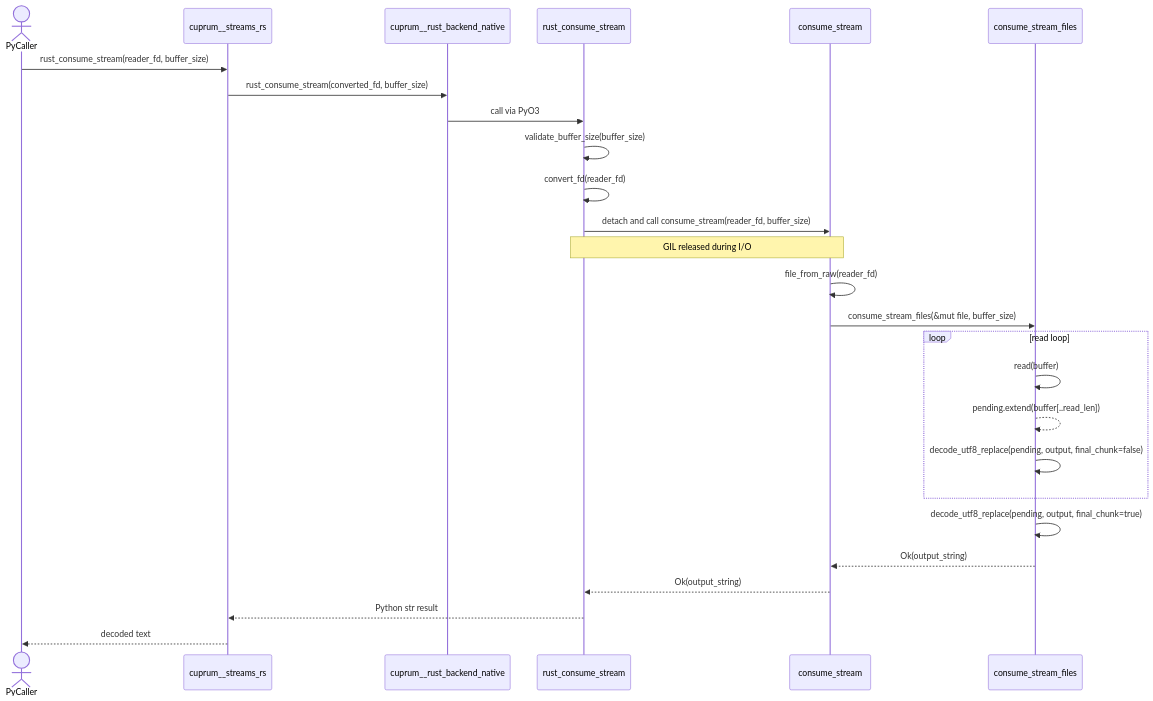
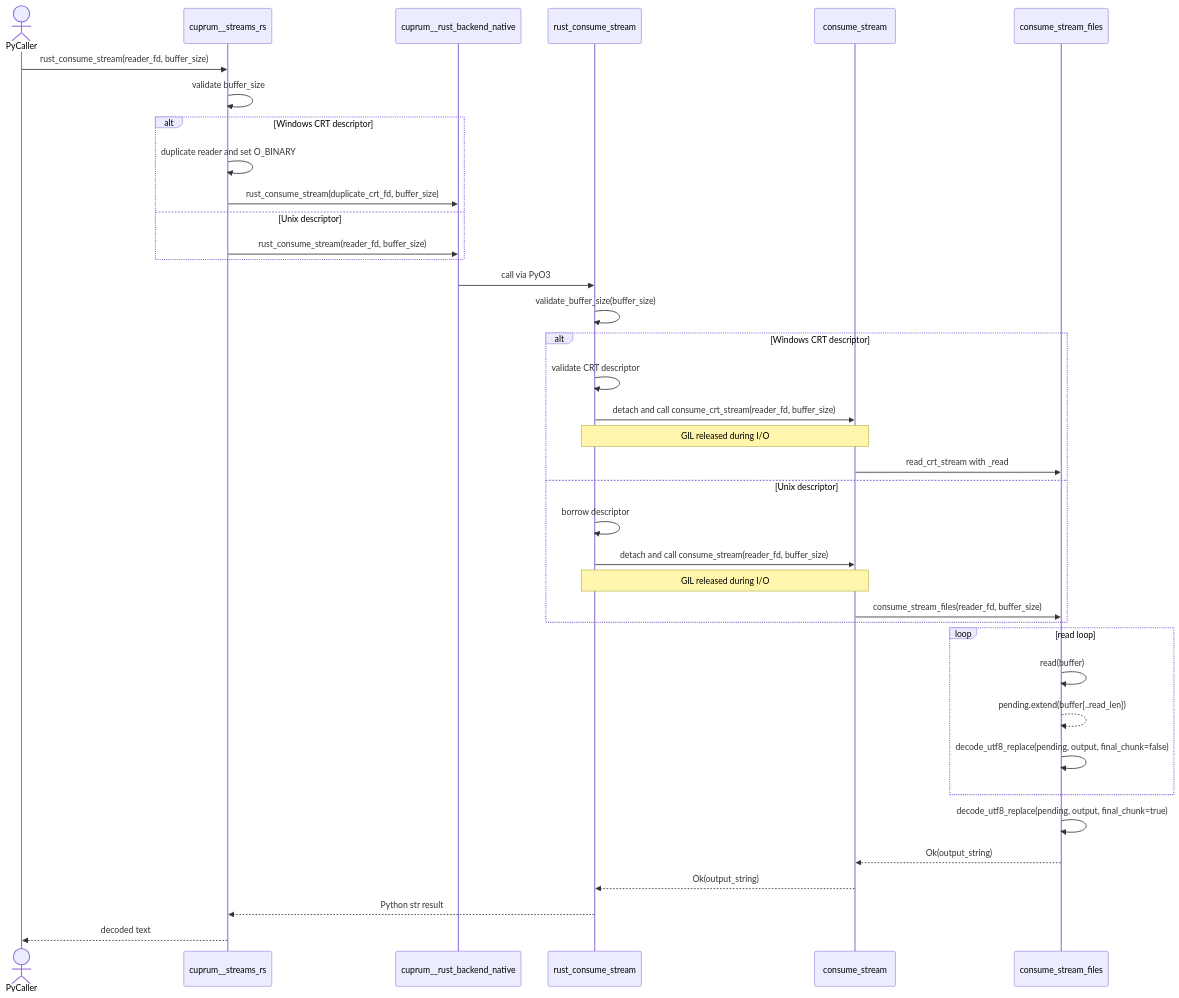
Diagram 22 of 26 in docs/cuprum-design.md (leynos/cuprum), drawn with Mermaid before and after one commit. The commit also changed other lines of this file and 29 other files, not shown here.

First line of the commit message:
Add Windows CRT consume boundary

````diff
--- a/docs/cuprum-design.md
+++ b/docs/cuprum-design.md
@@ -4035,34 +4047,44 @@
 ```mermaid
 sequenceDiagram
     actor PyCaller
     participant PyShim as cuprum__streams_rs
     participant PyRust as cuprum__rust_backend_native
     participant RustFn as rust_consume_stream
     participant Impl as consume_stream
     participant ImplFiles as consume_stream_files
 
     PyCaller->>PyShim: rust_consume_stream(reader_fd, buffer_size)
-    PyShim->>PyRust: rust_consume_stream(converted_fd, buffer_size)
+    PyShim->>PyShim: validate buffer_size
+    alt Windows CRT descriptor
+        PyShim->>PyShim: duplicate reader and set O_BINARY
+        PyShim->>PyRust: rust_consume_stream(duplicate_crt_fd, buffer_size)
+    else Unix descriptor
+        PyShim->>PyRust: rust_consume_stream(reader_fd, buffer_size)
+    end
 
     PyRust->>RustFn: call via PyO3
     RustFn->>RustFn: validate_buffer_size(buffer_size)
-    RustFn->>RustFn: convert_fd(reader_fd)
-    RustFn->>Impl: detach and call consume_stream(reader_fd, buffer_size)
-    Note over RustFn,Impl: GIL released during I/O
-
-    Impl->>Impl: file_from_raw(reader_fd)
-    Impl->>ImplFiles: consume_stream_files(&mut file, buffer_size)
+    alt Windows CRT descriptor
+        RustFn->>RustFn: validate CRT descriptor
+        RustFn->>Impl: detach and call consume_crt_stream(reader_fd, buffer_size)
+        Note over RustFn,Impl: GIL released during I/O
+        Impl->>ImplFiles: read_crt_stream with _read
+    else Unix descriptor
+        RustFn->>RustFn: borrow descriptor
+        RustFn->>Impl: detach and call consume_stream(reader_fd, buffer_size)
+        Note over RustFn,Impl: GIL released during I/O
+        Impl->>ImplFiles: consume_stream_files(reader_fd, buffer_size)
+    end
 
     loop read loop
         ImplFiles->>ImplFiles: read(buffer)
         ImplFiles-->>ImplFiles: pending.extend(buffer[..read_len])
         ImplFiles->>ImplFiles: decode_utf8_replace(pending, output, final_chunk=false)
     end
 
     ImplFiles->>ImplFiles: decode_utf8_replace(pending, output, final_chunk=true)
     ImplFiles-->>Impl: Ok(output_string)
-
     Impl-->>RustFn: Ok(output_string)
     RustFn-->>PyShim: Python str result
     PyShim-->>PyCaller: decoded text
 ```
````
